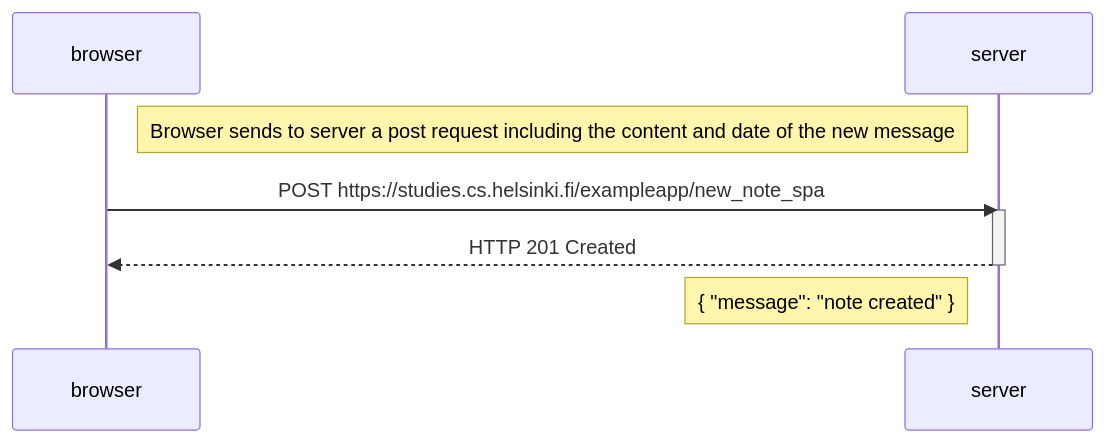
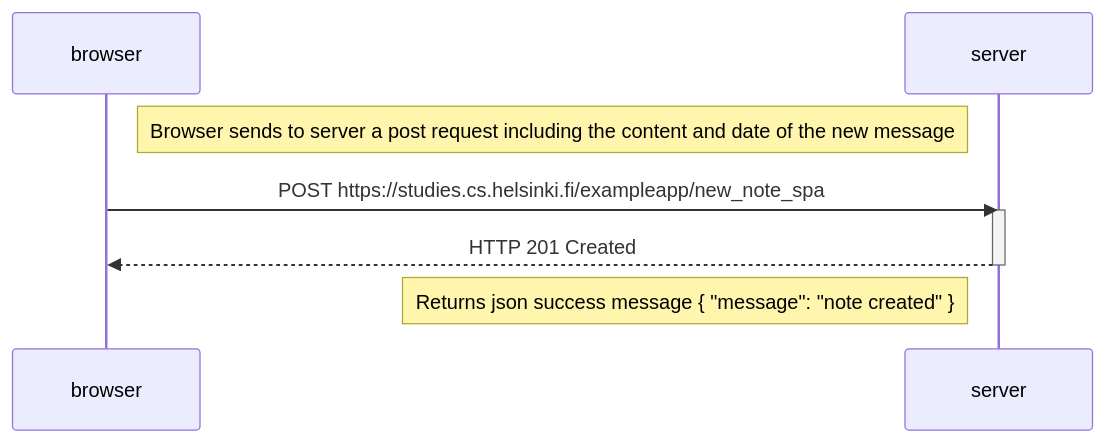
The diagram in part0/0.6/sequence.md (jmjstone/full-stack-open), drawn with Mermaid before and after one commit.

Commit message:
message change

````diff
--- a/part0/0.6/sequence.md
+++ b/part0/0.6/sequence.md
@@ -3,13 +3,13 @@
 ```mermaid
 sequenceDiagram
     participant browser
     participant server
 
     Note right of browser: Browser sends to server a post request including the content and date of the new message
     browser->>server: POST  https://studies.cs.helsinki.fi/exampleapp/new_note_spa
     activate server
     server-->>browser: HTTP 201 Created
     deactivate server
-    Note left of server: { "message": "note created" }
+    Note left of server: Returns json success message { "message": "note created" }
 
 ```
````
